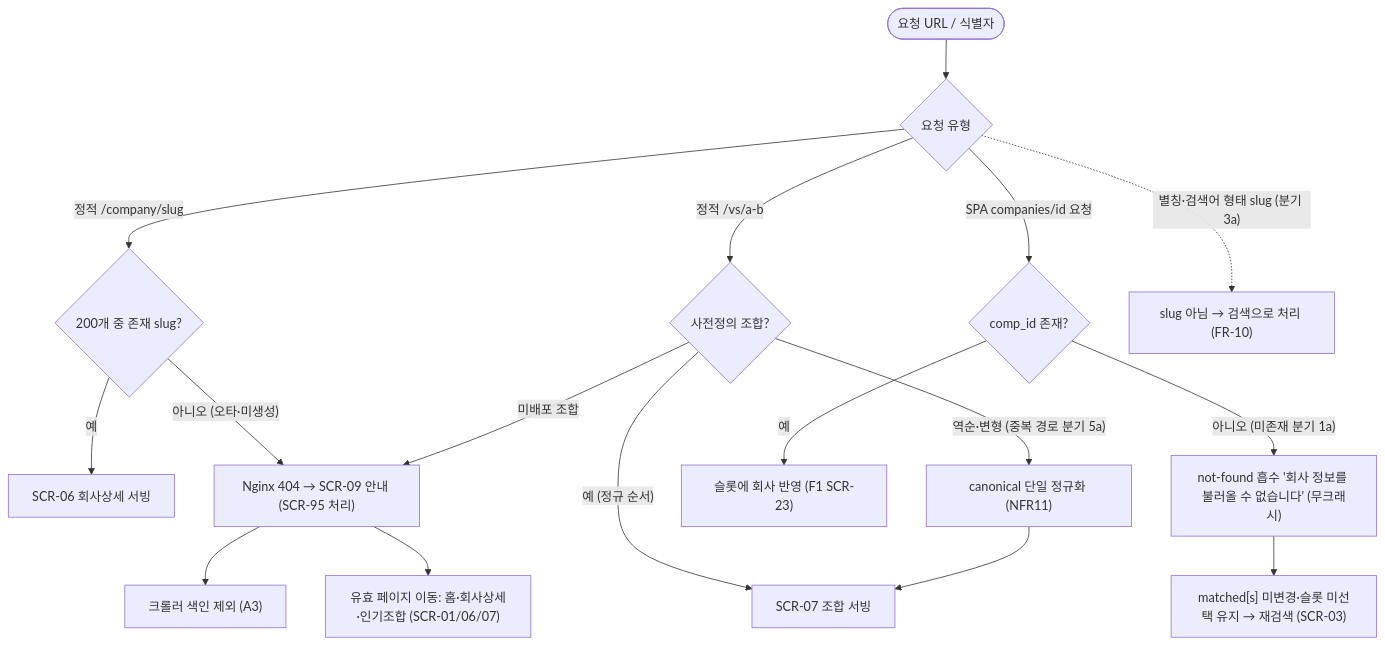
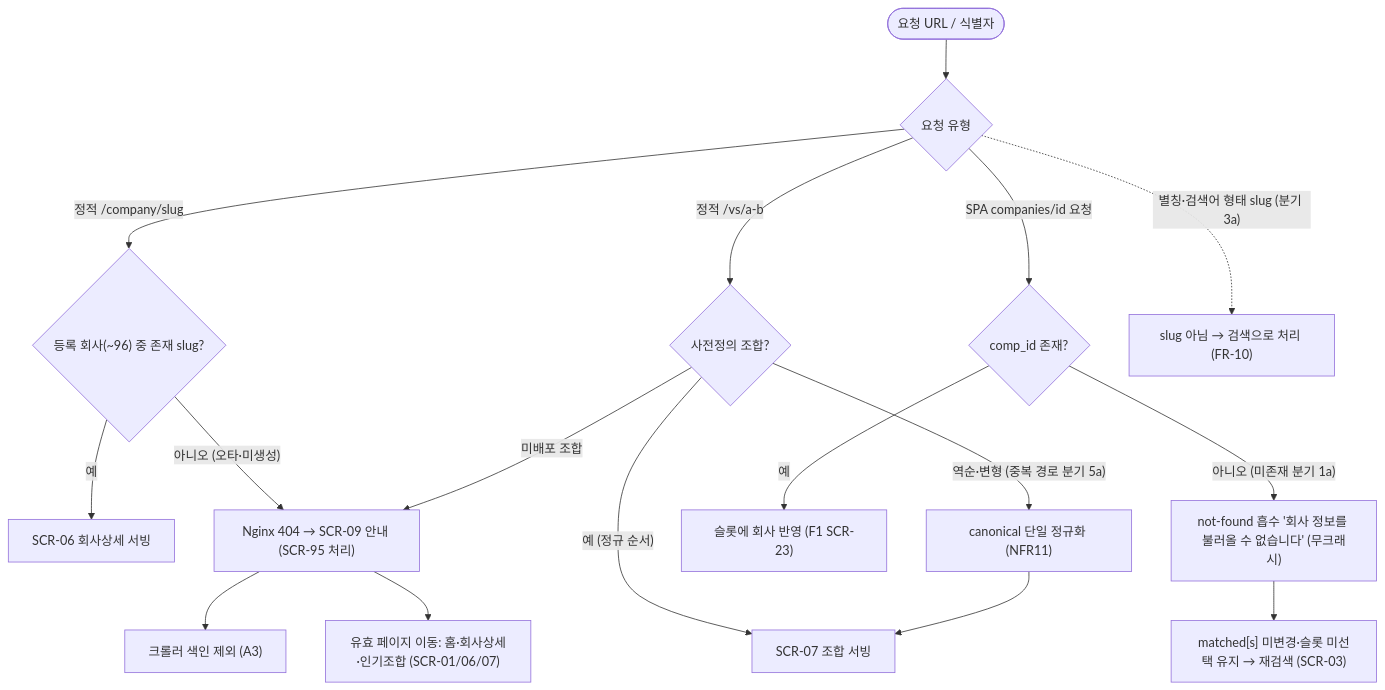
One commit to bji1062/loupit changed the sixth of 7 diagrams in docs/FLOW/08-오류-엣지-플로우.md. Above: the diagram before and after it, drawn with Mermaid. The commit also changed other lines of this file, not shown here.

Commit message:
docs: 범위 정정 후속 — FLOW 404 플로우 Mermaid 노드 200→~96

````diff
--- a/docs/FLOW/08-오류-엣지-플로우.md
+++ b/docs/FLOW/08-오류-엣지-플로우.md
@@ -408,19 +408,19 @@
 ```mermaid
 flowchart TD
   A(["요청 URL / 식별자"]) --> B{"요청 유형"}
-  B -->|"정적 /company/slug"| C{"200개 중 존재 slug?"}
+  B -->|"정적 /company/slug"| C{"등록 회사(~96) 중 존재 slug?"}
   B -->|"정적 /vs/a-b"| D{"사전정의 조합?"}
   B -->|"SPA companies/id 요청"| E{"comp_id 존재?"}
   B -.->|"별칭·검색어 형태 slug (분기 3a)"| SRCH["slug 아님 → 검색으로 처리 (FR-10)"]
   C -->|"예"| S6["SCR-06 회사상세 서빙"]
   C -->|"아니오 (오타·미생성)"| N404["Nginx 404 → SCR-09 안내 (SCR-95 처리)"]
   D -->|"예 (정규 순서)"| S7["SCR-07 조합 서빙"]
   D -->|"역순·변형 (중복 경로 분기 5a)"| CANON["canonical 단일 정규화 (NFR11)"]
   D -->|"미배포 조합"| N404
   CANON --> S7
   E -->|"예"| OKID["슬롯에 회사 반영 (F1 SCR-23)"]
   E -->|"아니오 (미존재 분기 1a)"| ABS["not-found 흡수 '회사 정보를 불러올 수 없습니다' (무크래시)"]
   ABS --> KEEP["matched[s] 미변경·슬롯 미선택 유지 → 재검색 (SCR-03)"]
   N404 --> IDX["크롤러 색인 제외 (A3)"]
   N404 --> NAV["유효 페이지 이동: 홈·회사상세·인기조합 (SCR-01/06/07)"]
 ```
````
